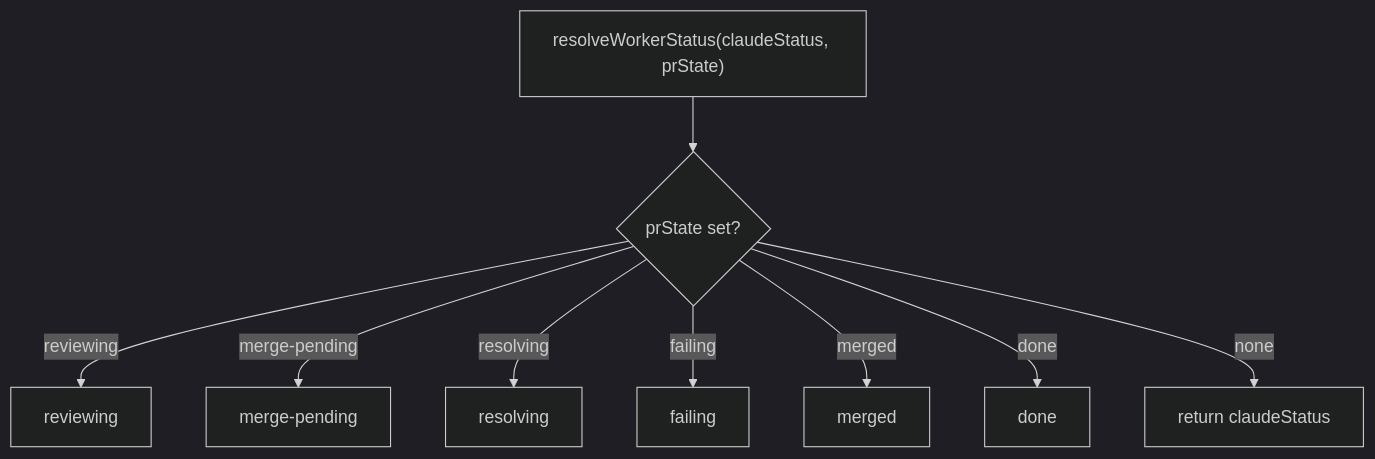
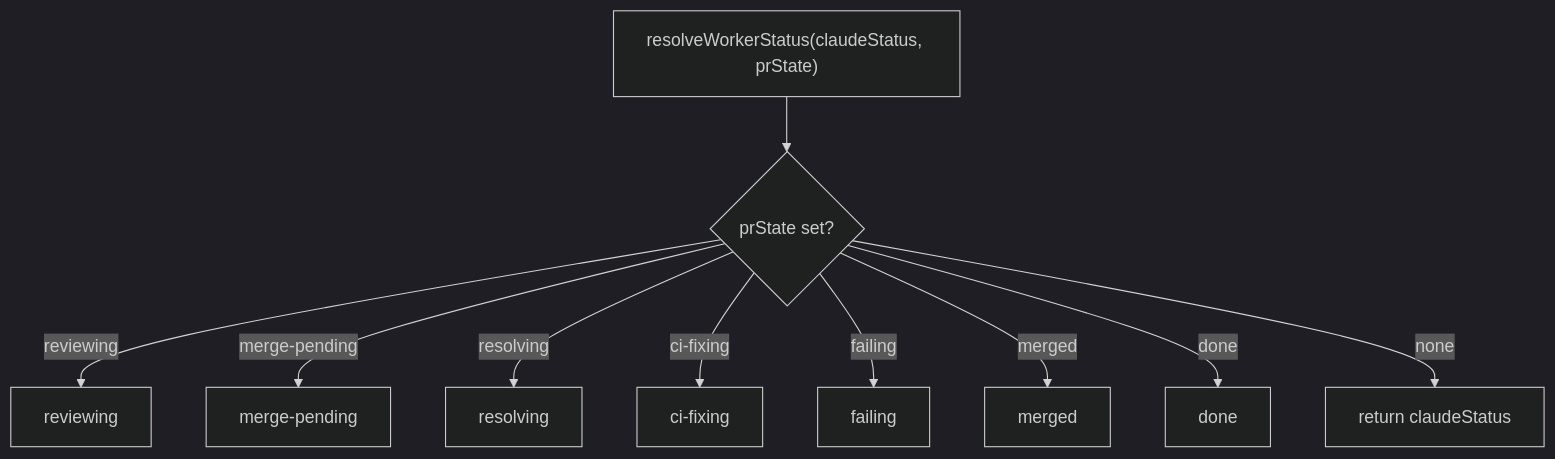
The second of 4 diagrams in docs/STATUS.md (keychanger/garden), drawn with Mermaid (dark theme) before and after one commit. The commit also changed other lines of this file and 15 other files, not shown here.

````diff
--- a/docs/STATUS.md
+++ b/docs/STATUS.md
@@ -461,11 +481,12 @@
 ```mermaid
 flowchart TD
     Start["resolveWorkerStatus(claudeStatus, prState)"] --> A{prState set?}
     A -->|reviewing| reviewing
     A -->|merge-pending| merge_pending["merge-pending"]
     A -->|resolving| resolving
+    A -->|ci-fixing| ci_fixing["ci-fixing"]
     A -->|failing| failing
     A -->|merged| merged
     A -->|done| done
     A -->|none| B["return claudeStatus"]
 ```
````
